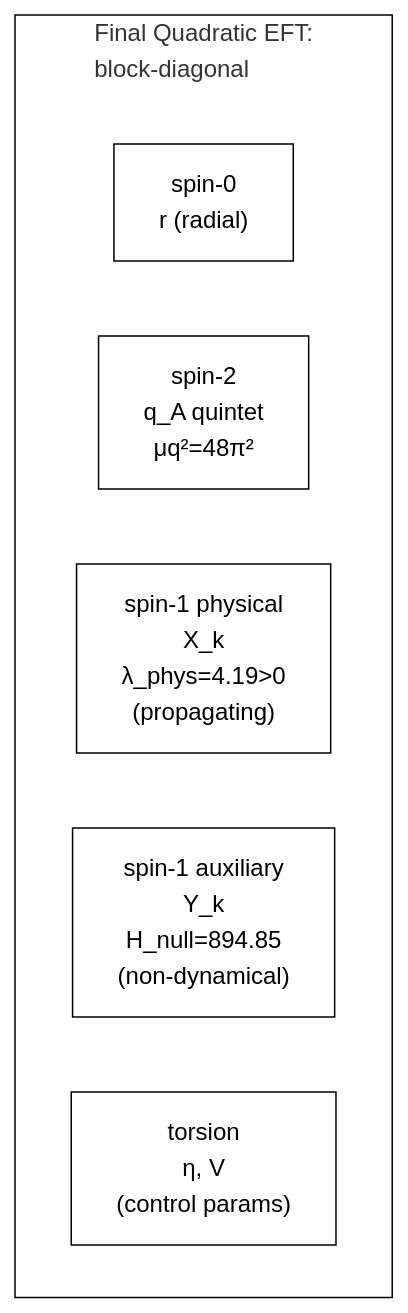
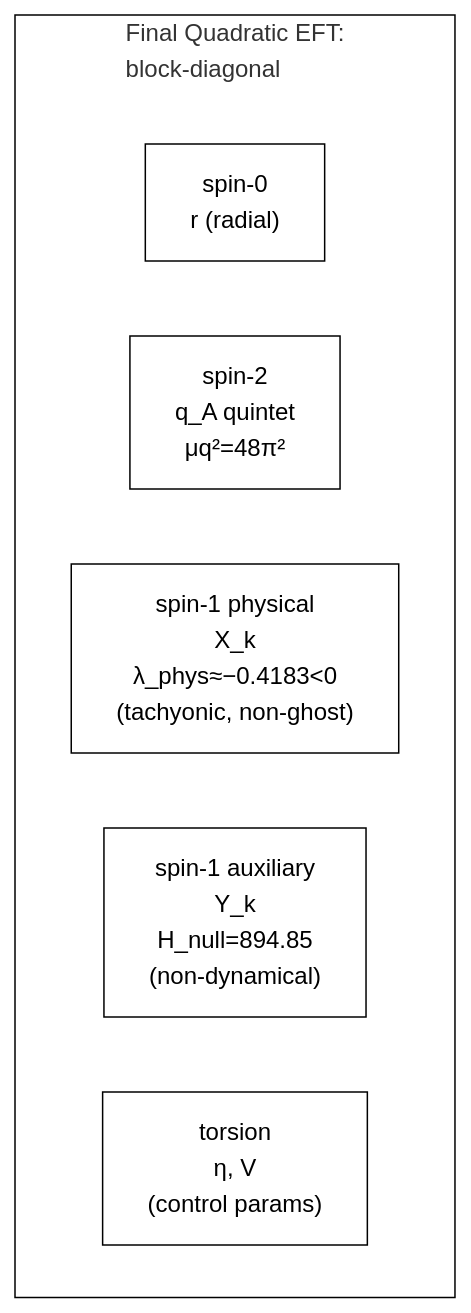
Before and after one commit to Muacca/DPPUv2-paper03: the first of 3 diagrams in DPPUv2-paper03_sec06.md, drawn with Mermaid (forest theme). The commit also changed other lines of this file and 204 other files, not shown here.

````diff
--- a/DPPUv2-paper03_sec06.md
+++ b/DPPUv2-paper03_sec06.md
@@ -65,16 +75,16 @@
 ```mermaid
 flowchart LR
     subgraph bd["Final Quadratic EFT:<br/> block-diagonal"]
         direction LR
         spacer[" "]
         B_r["spin-0<br/>r  (radial)"]
         B_q["spin-2<br/>q_A  quintet<br/>μq²=48π²"]
-        B_X["spin-1 physical<br/>X_k<br/>λ_phys=4.19>0<br/>(propagating)"]
+        B_X["spin-1 physical<br/>X_k<br/>λ_phys≈−0.4183<0<br/>(tachyonic, non-ghost)"]
         B_Y["spin-1 auxiliary<br/>Y_k<br/>H_null=894.85<br/>(non-dynamical)"]
         B_t["torsion<br/>η, V<br/>(control params)"]
     end
     
     style spacer fill:none,stroke:none, height:1
     classDef default fill:none,stroke:black
     class bd default
 ```
````
